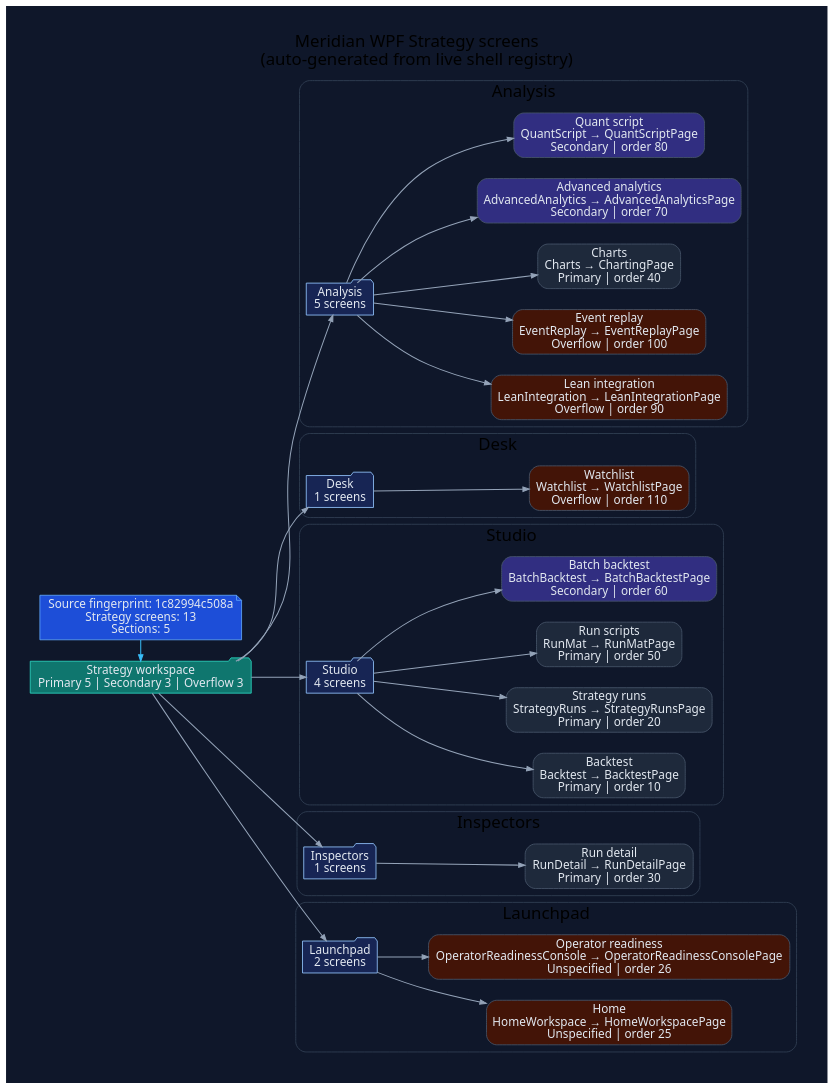
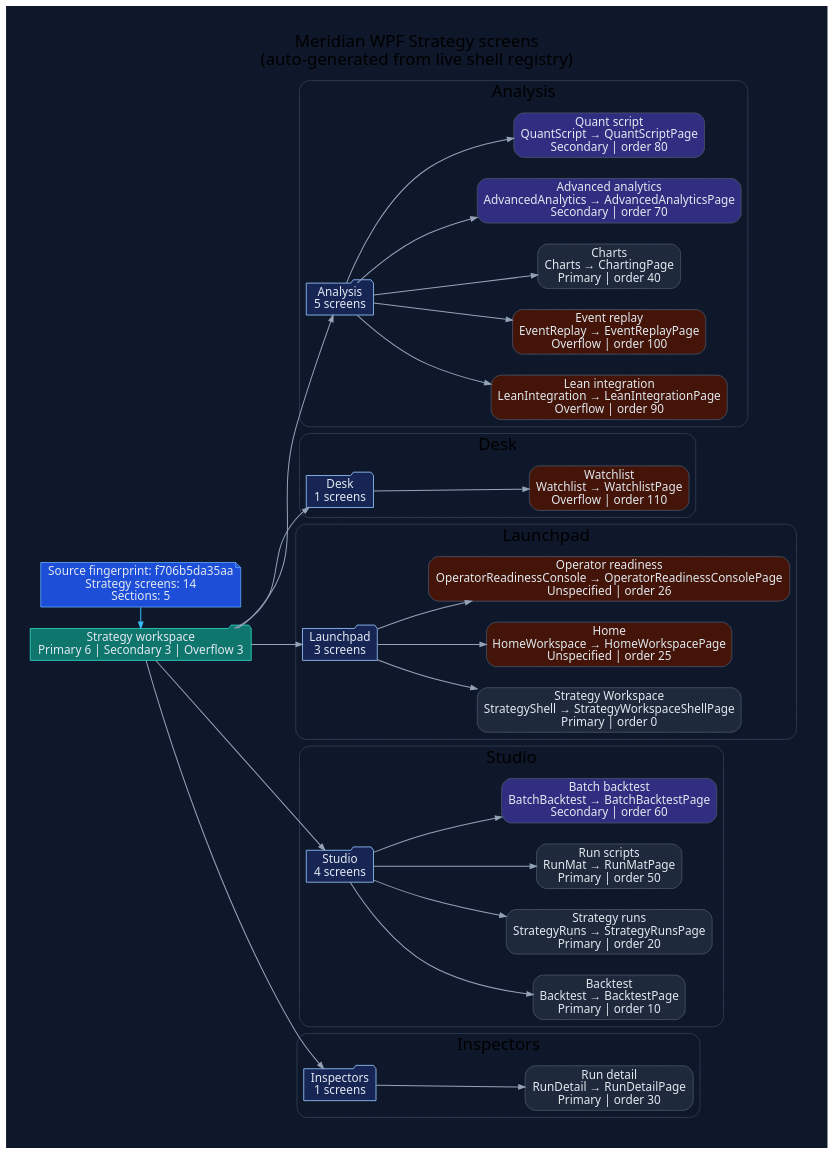
The diagram in docs/diagrams/ui-wpf-screens-strategy.dot (rodoHasArrived/Meridian-main), drawn with Graphviz before and after one commit. The commit also changed 31 other files, not shown here.

First line of the commit message:
WPF: keep page registration subtitles as literals so the screen diagrams parse; regenerate diagrams

```diff
--- a/docs/diagrams/ui-wpf-screens-strategy.dot
+++ b/docs/diagrams/ui-wpf-screens-strategy.dot
@@ -1,92 +1,94 @@
 // -----------------------------------------------------------------------------
 // <auto-generated>
 // Generated by scripts/generate-diagrams.mjs.
 // Do not edit this file directly; update the WPF source files instead.
 // -----------------------------------------------------------------------------
 digraph WpfStrategyScreens {
   graph [
     rankdir=LR,
     labelloc=t,
     label="Meridian WPF Strategy screens\n(auto-generated from live shell registry)",
     fontname="Segoe UI",
     fontsize=20,
     pad=0.4,
     nodesep=0.35,
     ranksep=0.85,
     bgcolor="#0f172a"
   ];
   node [fontname="Segoe UI", shape=box, style="rounded,filled", color="#475569", fontcolor="#e2e8f0", fillcolor="#1e293b"];
   edge [fontname="Segoe UI", color="#94a3b8", penwidth=1.2, arrowsize=0.75];
 
-  generated [shape=note, fillcolor="#1d4ed8", color="#60a5fa", label="Source fingerprint: 1c82994c508a\nStrategy screens: 13\nSections: 5"];
-  workspace [shape=folder, fillcolor="#0f766e", color="#2dd4bf", label="Strategy workspace\nPrimary 5 | Secondary 3 | Overflow 3"];
+  generated [shape=note, fillcolor="#1d4ed8", color="#60a5fa", label="Source fingerprint: f706b5da35aa\nStrategy screens: 14\nSections: 5"];
+  workspace [shape=folder, fillcolor="#0f766e", color="#2dd4bf", label="Strategy workspace\nPrimary 6 | Secondary 3 | Overflow 3"];
   generated -> workspace [color="#38bdf8"];
 
   subgraph cluster_section_1 {
     label="Analysis";
     color="#334155";
     style="rounded";
     section_1 [shape=folder, fillcolor="#172554", color="#93c5fd", label="Analysis\n5 screens"];
     workspace -> section_1;
     screen_LeanIntegration [fillcolor="#431407", label="Lean integration\nLeanIntegration → LeanIntegrationPage\nOverflow | order 90"];
     section_1 -> screen_LeanIntegration;
     screen_EventReplay [fillcolor="#431407", label="Event replay\nEventReplay → EventReplayPage\nOverflow | order 100"];
     section_1 -> screen_EventReplay;
     screen_Charts [fillcolor="#1e293b", label="Charts\nCharts → ChartingPage\nPrimary | order 40"];
     section_1 -> screen_Charts;
     screen_AdvancedAnalytics [fillcolor="#312e81", label="Advanced analytics\nAdvancedAnalytics → AdvancedAnalyticsPage\nSecondary | order 70"];
     section_1 -> screen_AdvancedAnalytics;
     screen_QuantScript [fillcolor="#312e81", label="Quant script\nQuantScript → QuantScriptPage\nSecondary | order 80"];
     section_1 -> screen_QuantScript;
   }
 
   subgraph cluster_section_2 {
     label="Desk";
     color="#334155";
     style="rounded";
     section_2 [shape=folder, fillcolor="#172554", color="#93c5fd", label="Desk\n1 screens"];
     workspace -> section_2;
     screen_Watchlist [fillcolor="#431407", label="Watchlist\nWatchlist → WatchlistPage\nOverflow | order 110"];
     section_2 -> screen_Watchlist;
   }
 
   subgraph cluster_section_3 {
+    label="Launchpad";
+    color="#334155";
+    style="rounded";
+    section_3 [shape=folder, fillcolor="#172554", color="#93c5fd", label="Launchpad\n3 screens"];
+    workspace -> section_3;
+    screen_StrategyShell [fillcolor="#1e293b", label="Strategy Workspace\nStrategyShell → StrategyWorkspaceShellPage\nPrimary | order 0"];
+    section_3 -> screen_StrategyShell;
+    screen_HomeWorkspace [fillcolor="#431407", label="Home\nHomeWorkspace → HomeWorkspacePage\nUnspecified | order 25"];
+    section_3 -> screen_HomeWorkspace;
+    screen_OperatorReadinessConsole [fillcolor="#431407", label="Operator readiness\nOperatorReadinessConsole → OperatorReadinessConsolePage\nUnspecified | order 26"];
+    section_3 -> screen_OperatorReadinessConsole;
+  }
+
+  subgraph cluster_section_4 {
     label="Studio";
     color="#334155";
     style="rounded";
-    section_3 [shape=folder, fillcolor="#172554", color="#93c5fd", label="Studio\n4 screens"];
-    workspace -> section_3;
+    section_4 [shape=folder, fillcolor="#172554", color="#93c5fd", label="Studio\n4 screens"];
+    workspace -> section_4;
     screen_Backtest [fillcolor="#1e293b", label="Backtest\nBacktest → BacktestPage\nPrimary | order 10"];
-    section_3 -> screen_Backtest;
+    section_4 -> screen_Backtest;
     screen_StrategyRuns [fillcolor="#1e293b", label="Strategy runs\nStrategyRuns → StrategyRunsPage\nPrimary | order 20"];
-    section_3 -> screen_StrategyRuns;
+    section_4 -> screen_StrategyRuns;
     screen_RunMat [fillcolor="#1e293b", label="Run scripts\nRunMat → RunMatPage\nPrimary | order 50"];
-    section_3 -> screen_RunMat;
+    section_4 -> screen_RunMat;
     screen_BatchBacktest [fillcolor="#312e81", label="Batch backtest\nBatchBacktest → BatchBacktestPage\nSecondary | order 60"];
-    section_3 -> screen_BatchBacktest;
+    section_4 -> screen_BatchBacktest;
   }
 
-  subgraph cluster_section_4 {
+  subgraph cluster_section_5 {
     label="Inspectors";
     color="#334155";
     style="rounded";
-    section_4 [shape=folder, fillcolor="#172554", color="#93c5fd", label="Inspectors\n1 screens"];
-    workspace -> section_4;
+    section_5 [shape=folder, fillcolor="#172554", color="#93c5fd", label="Inspectors\n1 screens"];
+    workspace -> section_5;
     screen_RunDetail [fillcolor="#1e293b", label="Run detail\nRunDetail → RunDetailPage\nPrimary | order 30"];
-    section_4 -> screen_RunDetail;
-  }
-
-  subgraph cluster_section_5 {
-    label="Launchpad";
-    color="#334155";
-    style="rounded";
-    section_5 [shape=folder, fillcolor="#172554", color="#93c5fd", label="Launchpad\n2 screens"];
-    workspace -> section_5;
-    screen_HomeWorkspace [fillcolor="#431407", label="Home\nHomeWorkspace → HomeWorkspacePage\nUnspecified | order 25"];
-    section_5 -> screen_HomeWorkspace;
-    screen_OperatorReadinessConsole [fillcolor="#431407", label="Operator readiness\nOperatorReadinessConsole → OperatorReadinessConsolePage\nUnspecified | order 26"];
-    section_5 -> screen_OperatorReadinessConsole;
+    section_5 -> screen_RunDetail;
   }
 
   { rank=min; generated; workspace; }
 }
```
